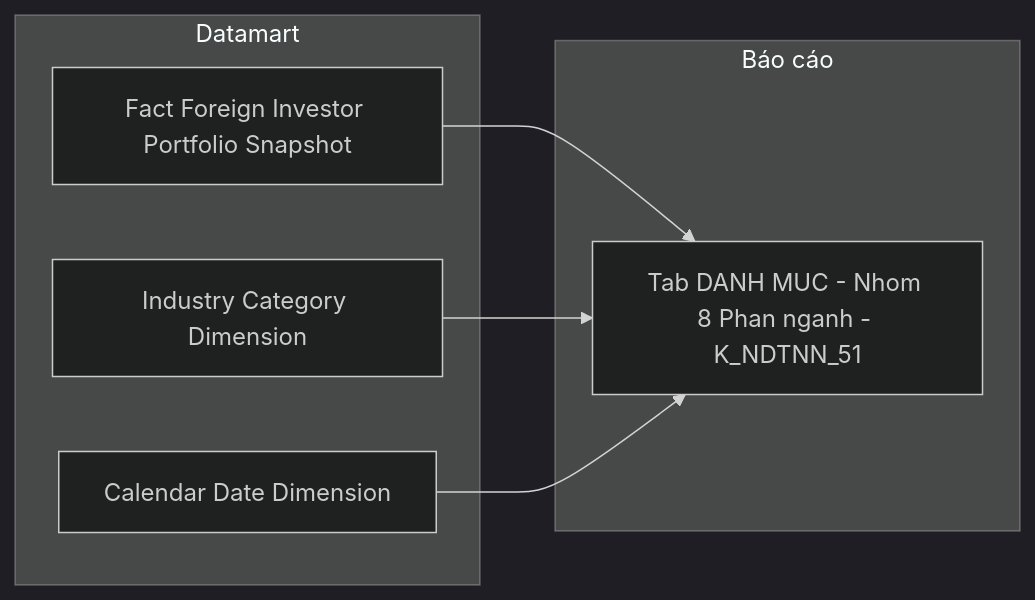
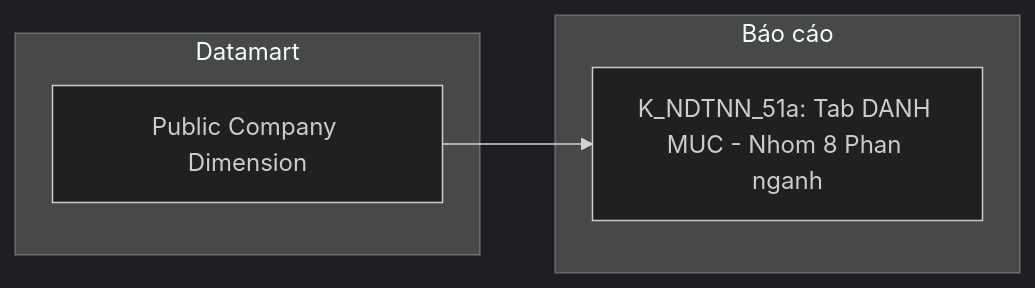
Before and after one commit to linhlvit/ubck_atomic_design: diagram 16 of 28 in Datamart/hld/DTM_NDTNN_HLD.md, drawn with Mermaid (dark theme). The commit also changed other lines of this file and 9 other files, not shown here.

````diff
--- a/Datamart/hld/DTM_NDTNN_HLD.md
+++ b/Datamart/hld/DTM_NDTNN_HLD.md
@@ -907,14 +742,10 @@
 ```mermaid
 flowchart LR
     subgraph Datamart["Datamart"]
-        G1["Fact Foreign Investor Portfolio Snapshot"]
-        G2["Industry Category Dimension"]
-        G3["Calendar Date Dimension"]
+        G1["Public Company Dimension"]
     end
     subgraph RPT["Báo cáo"]
-        R1["Tab DANH MUC - Nhom 8 Phan nganh - K_NDTNN_51"]
+        R1["K_NDTNN_51a: Tab DANH MUC - Nhom 8 Phan nganh"]
     end
     G1 --> R1
-    G2 --> R1
-    G3 --> R1
 ```
````
